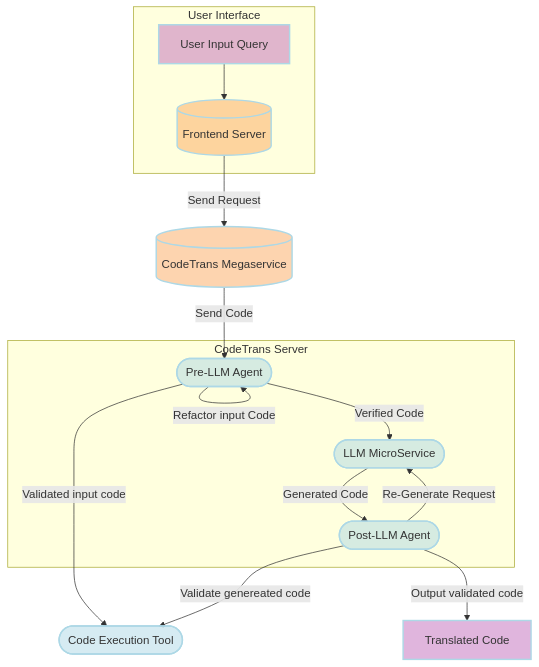
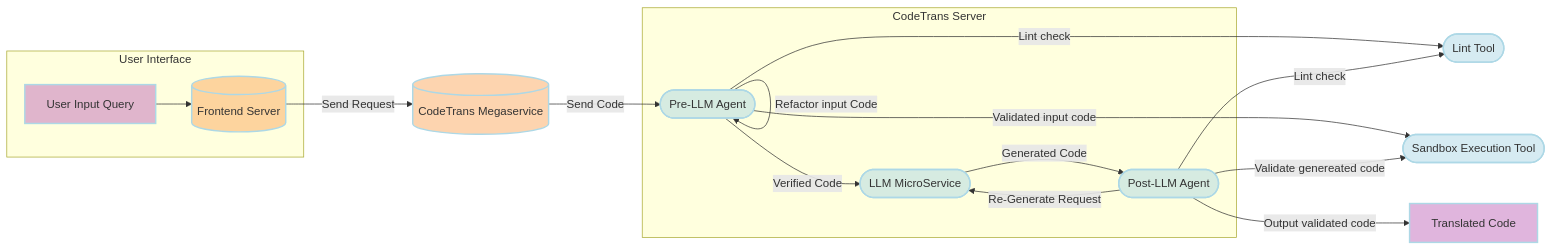
The diagram in community/rfcs/25-03-14-GenAIExample-001-CodeTrans-with-Agents.md (opea-project/docs), drawn with Mermaid before and after one commit. The commit also changed other lines of this file, not shown here.

````diff
--- a/community/rfcs/25-03-14-GenAIExample-001-CodeTrans-with-Agents.md
+++ b/community/rfcs/25-03-14-GenAIExample-001-CodeTrans-with-Agents.md
@@ -88,34 +96,37 @@
 ```mermaid
-graph TD
+graph LR
     %% Colors %%
     classDef blue fill:#ADD8E6,stroke:#ADD8E6,stroke-width:2px,fill-opacity:0.5
     classDef orange fill:#FBAA60,stroke:#ADD8E6,stroke-width:2px,fill-opacity:0.5
     classDef orchid fill:#C26DBC,stroke:#ADD8E6,stroke-width:2px,fill-opacity:0.5
     subgraph User Interface
         %% direction TD
         Frontend[(Frontend Server)]:::orange
         UIQ[User Input Query]:::orchid
         UIQ --> Frontend
     end
 
     Megaservice[(CodeTrans Megaservice)]:::orange
-    
+  
     subgraph CodeTrans Server
         Agent1([Pre-LLM Agent]):::blue
-        LLM_MicroService([LLM MicroService]):::blue
+        LLM([LLM MicroService]):::blue
         Agent2([Post-LLM Agent]):::blue
         Agent1 -->|Refactor input Code| Agent1
-    Agent1 -->|Verified Code| LLM_MicroService
-    LLM_MicroService -->|Generated Code| Agent2
-    Agent2 -->|Re-Generate Request| LLM_MicroService
+    Agent1 -->|Verified Code| LLM
+    LLM-->|Generated Code| Agent2
+    Agent2 -->|Re-Generate Request| LLM
     end
 
-    CodeExecutionTool([Code Execution Tool]):::blue
+    LintTool([Lint Tool]):::blue
+    CodeExecutionTool([Sandbox Execution Tool]):::blue
     Output[Translated Code]:::orchid
 
     Frontend -->|Send Request| Megaservice
     Megaservice -->|Send Code| Agent1
+    Agent1 --> |Lint check| LintTool
     Agent1 -->|Validated input code| CodeExecutionTool
+    Agent2 --> |Lint check| LintTool
     Agent2 -->|Validate genereated code| CodeExecutionTool
     Agent2 -->|Output validated code| Output
 ```
````
